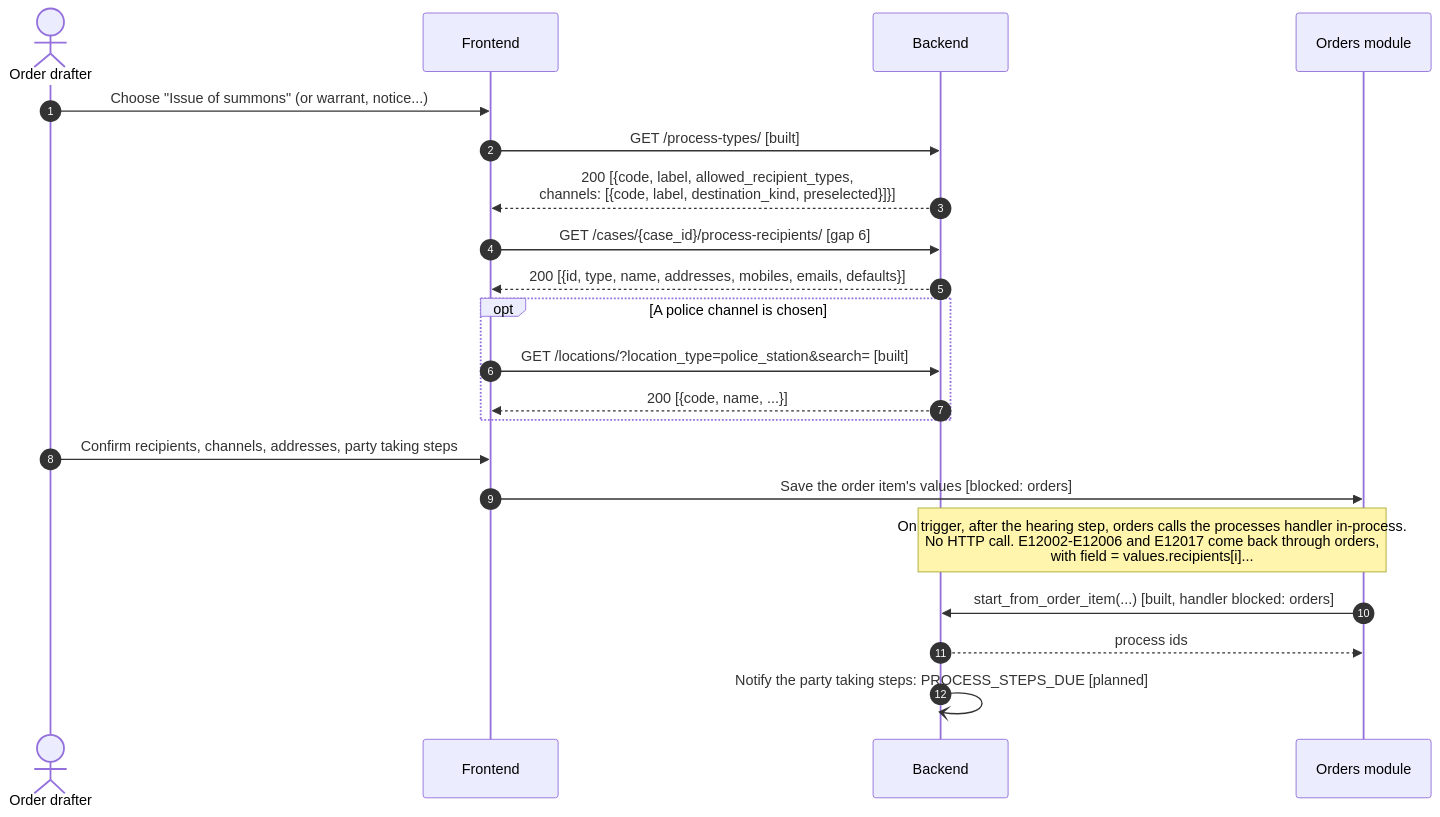
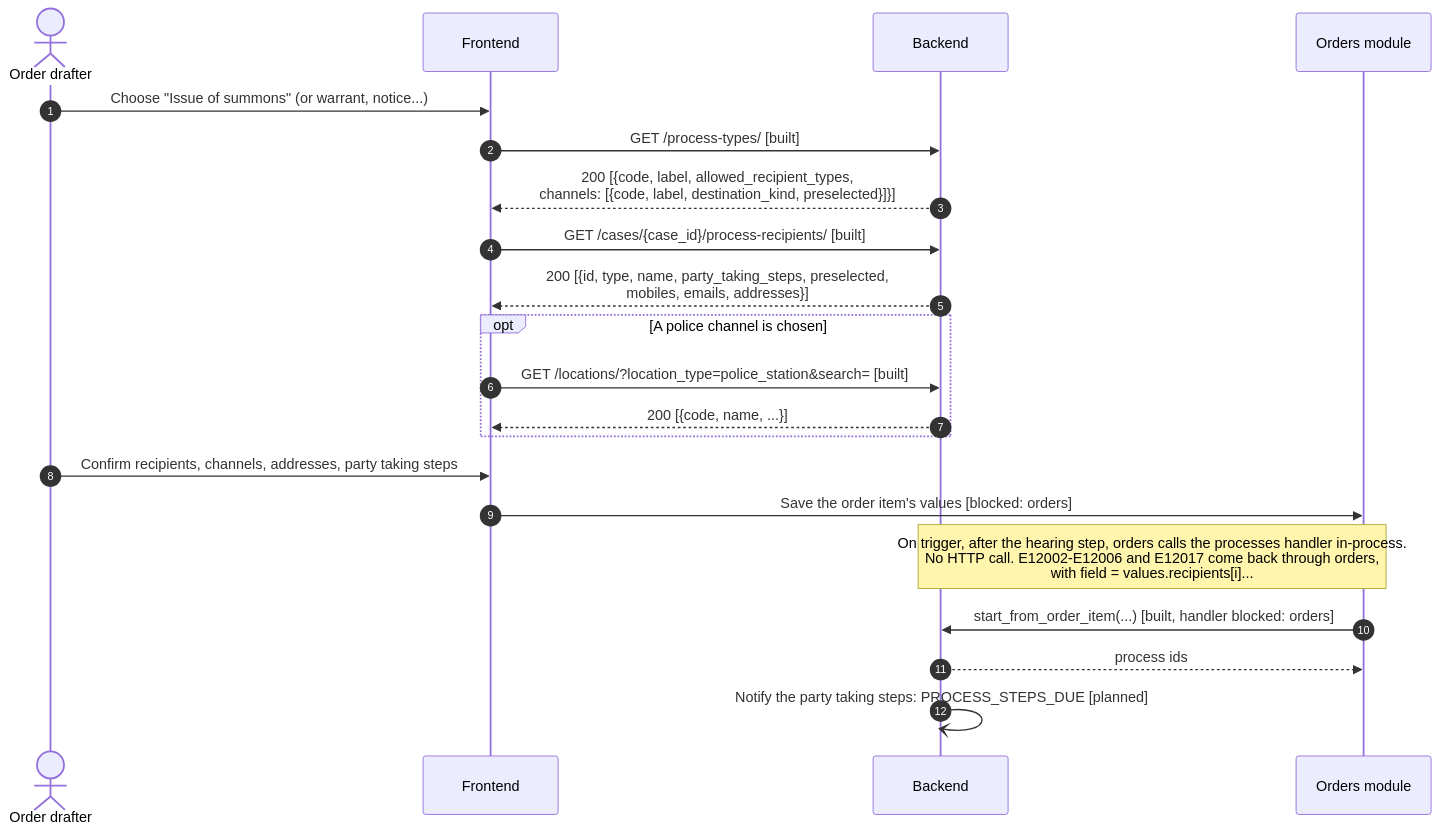
Before and after one commit to pucardotorg/dristi-be: the first of 7 diagrams in docs/sequence-diagrams/0028-processes/README.md, drawn with Mermaid. The commit also changed other lines of this file and 16 other files, not shown here.

````diff
--- a/docs/sequence-diagrams/0028-processes/README.md
+++ b/docs/sequence-diagrams/0028-processes/README.md
@@ -43,24 +43,24 @@
 ```mermaid
 sequenceDiagram
     autonumber
     actor OD as Order drafter
     participant FE as Frontend
     participant BE as Backend
     participant ORD as Orders module
 
     OD->>FE: Choose "Issue of summons" (or warrant, notice...)
     FE->>BE: GET /process-types/ [built]
     BE-->>FE: 200 [{code, label, allowed_recipient_types,<br/>channels: [{code, label, destination_kind, preselected}]}]
-    FE->>BE: GET /cases/{case_id}/process-recipients/ [gap 6]
-    BE-->>FE: 200 [{id, type, name, addresses, mobiles, emails, defaults}]
+    FE->>BE: GET /cases/{case_id}/process-recipients/ [built]
+    BE-->>FE: 200 [{id, type, name, party_taking_steps, preselected,<br/>mobiles, emails, addresses}]
     opt A police channel is chosen
         FE->>BE: GET /locations/?location_type=police_station&search= [built]
         BE-->>FE: 200 [{code, name, ...}]
     end
     OD->>FE: Confirm recipients, channels, addresses, party taking steps
     FE->>ORD: Save the order item's values [blocked: orders]
     Note over ORD,BE: On trigger, after the hearing step, orders calls the processes handler in-process.<br/>No HTTP call. E12002-E12006 and E12017 come back through orders,<br/>with field = values.recipients[i]...
     ORD->>BE: start_from_order_item(...) [built, handler blocked: orders]
     BE-->>ORD: process ids
     BE-)BE: Notify the party taking steps: PROCESS_STEPS_DUE [planned]
 ```
````
